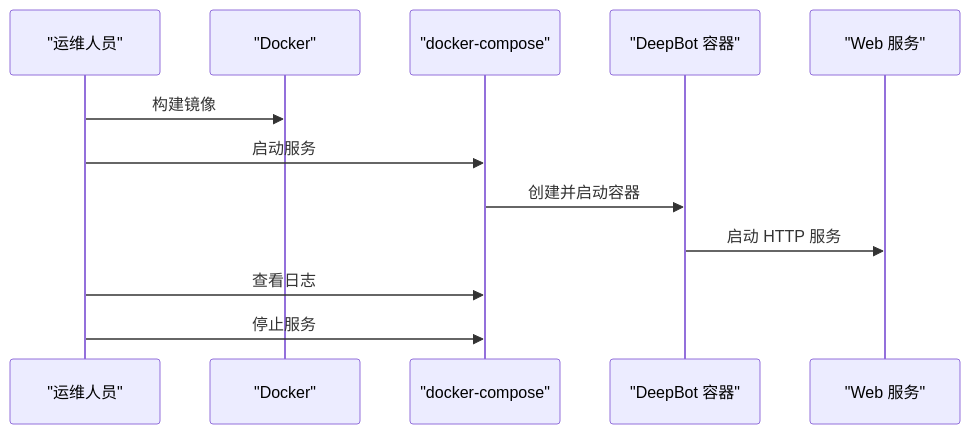
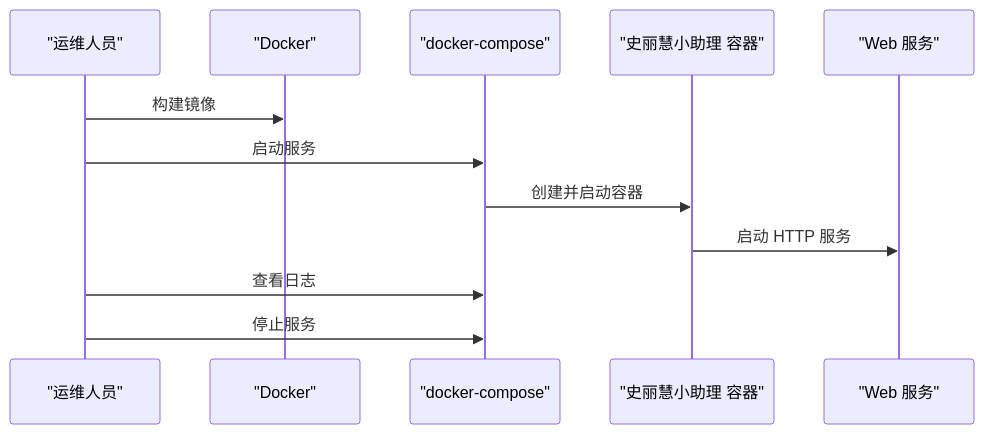
One commit to HEROhuqinchao/deepbot changed the fifth of 7 diagrams in .qoder/repowiki/zh/content/项目概述/快速开始指南.md. Above: the diagram before and after it, drawn with Mermaid. The commit also changed other lines of this file and 250 other files, not shown here.

````diff
--- a/.qoder/repowiki/zh/content/项目概述/快速开始指南.md
+++ b/.qoder/repowiki/zh/content/项目概述/快速开始指南.md
@@ -199,14 +199,14 @@
 ```mermaid
 sequenceDiagram
 participant Ops as "运维人员"
 participant Docker as "Docker"
 participant Compose as "docker-compose"
-participant Container as "DeepBot 容器"
+participant Container as "史丽慧小助理 容器"
 participant Web as "Web 服务"
 Ops->>Docker : 构建镜像
 Ops->>Compose : 启动服务
 Compose->>Container : 创建并启动容器
 Container->>Web : 启动 HTTP 服务
 Ops->>Compose : 查看日志
 Ops->>Compose : 停止服务
 ```
````
